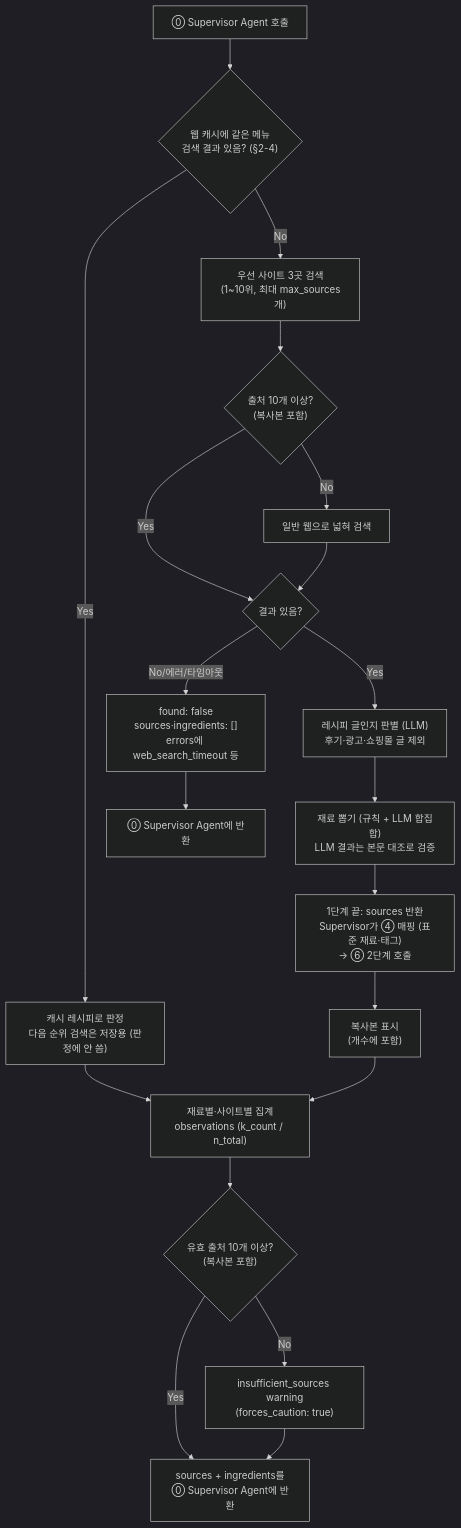
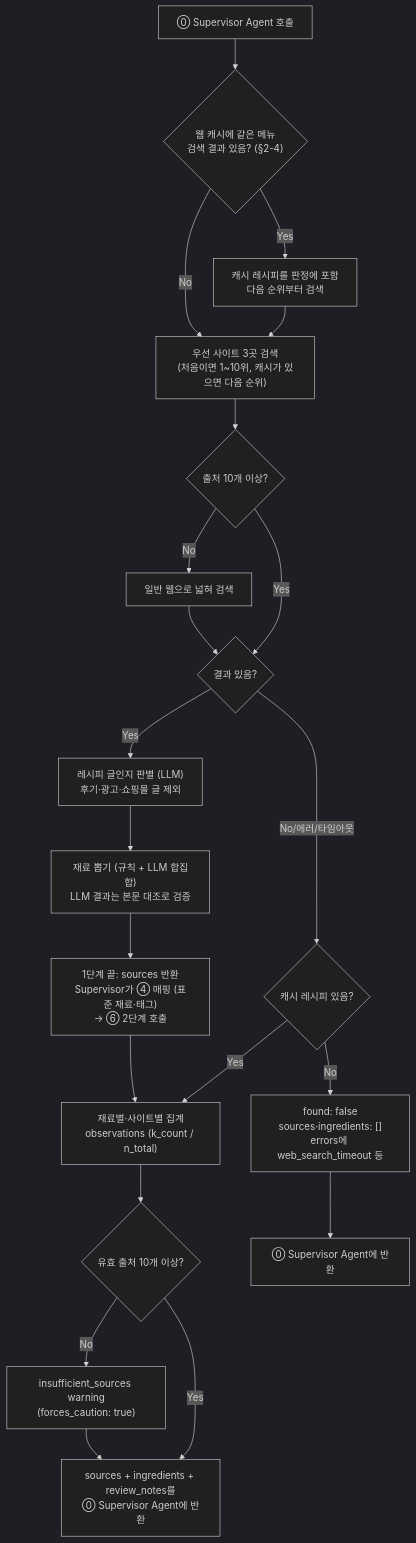
Before and after one commit to Han-Spoon/ai: the second of 2 diagrams in docs/6-agent-websearch.md, drawn with Mermaid (dark theme). The commit also changed other lines of this file and 3 other files, not shown here.

````diff
--- a/docs/6-agent-websearch.md
+++ b/docs/6-agent-websearch.md
@@ -381,22 +391,23 @@
 ```mermaid
 flowchart TD
     S[⓪ Supervisor Agent 호출] --> CA{"웹 캐시에 같은 메뉴<br/>검색 결과 있음? (§2-4)"}
-    CA -->|Yes| CR["캐시 레시피로 판정<br/>다음 순위 검색은 저장용 (판정에 안 씀)"]
-    CR --> AGG
-    CA -->|No| Q["우선 사이트 3곳 검색<br/>(1~10위, 최대 max_sources개)"]
-    Q --> QE{"출처 10개 이상?<br/>(복사본 포함)"}
+    CA -->|Yes| CR["캐시 레시피를 판정에 포함<br/>다음 순위부터 검색"]
+    CR --> Q
+    CA -->|No| Q["우선 사이트 3곳 검색<br/>(처음이면 1~10위, 캐시가 있으면 다음 순위)"]
+    Q --> QE{"출처 10개 이상?"}
     QE -->|No| QG["일반 웹으로 넓혀 검색"]
     QE -->|Yes| R{결과 있음?}
     QG --> R
-    R -->|No/에러/타임아웃| F["found: false<br/>sources·ingredients: []<br/>errors에 web_search_timeout 등"]
+    R -->|No/에러/타임아웃| FC{"캐시 레시피 있음?"}
+    FC -->|Yes| AGG
+    FC -->|No| F["found: false<br/>sources·ingredients: []<br/>errors에 web_search_timeout 등"]
     R -->|Yes| RJ["레시피 글인지 판별 (LLM)<br/>후기·광고·쇼핑몰 글 제외"]
     RJ --> C["재료 뽑기 (규칙 + LLM 합집합)<br/>LLM 결과는 본문 대조로 검증"]
     C --> MAP["1단계 끝: sources 반환<br/>Supervisor가 ④ 매핑 (표준 재료·태그)<br/>→ ⑥ 2단계 호출"]
-    MAP --> D["복사본 표시<br/>(개수에 포함)"]
-    D --> AGG["재료별·사이트별 집계<br/>observations (k_count / n_total)"]
-    AGG --> MIN{"유효 출처 10개 이상?<br/>(복사본 포함)"}
+    MAP --> AGG["재료별·사이트별 집계<br/>observations (k_count / n_total)"]
+    AGG --> MIN{"유효 출처 10개 이상?"}
     MIN -->|No| W["insufficient_sources warning<br/>(forces_caution: true)"]
     MIN -->|Yes| OUT
-    W --> OUT["sources + ingredients를<br/>⓪ Supervisor Agent에 반환"]
+    W --> OUT["sources + ingredients + review_notes를<br/>⓪ Supervisor Agent에 반환"]
     F --> OUT2[⓪ Supervisor Agent에 반환]
 ```
````
